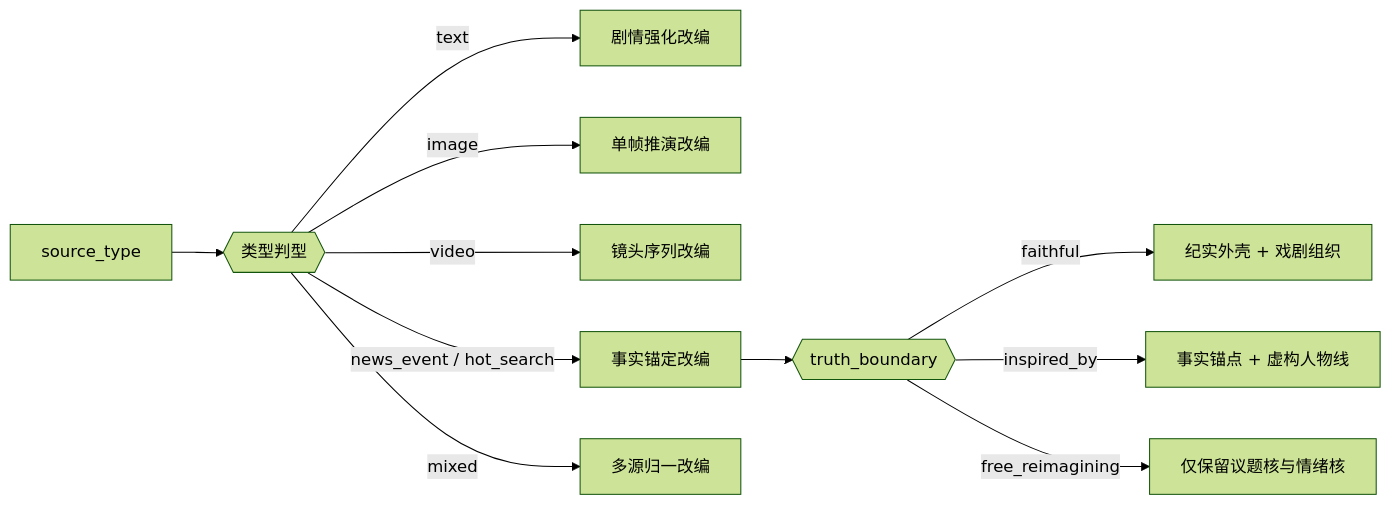
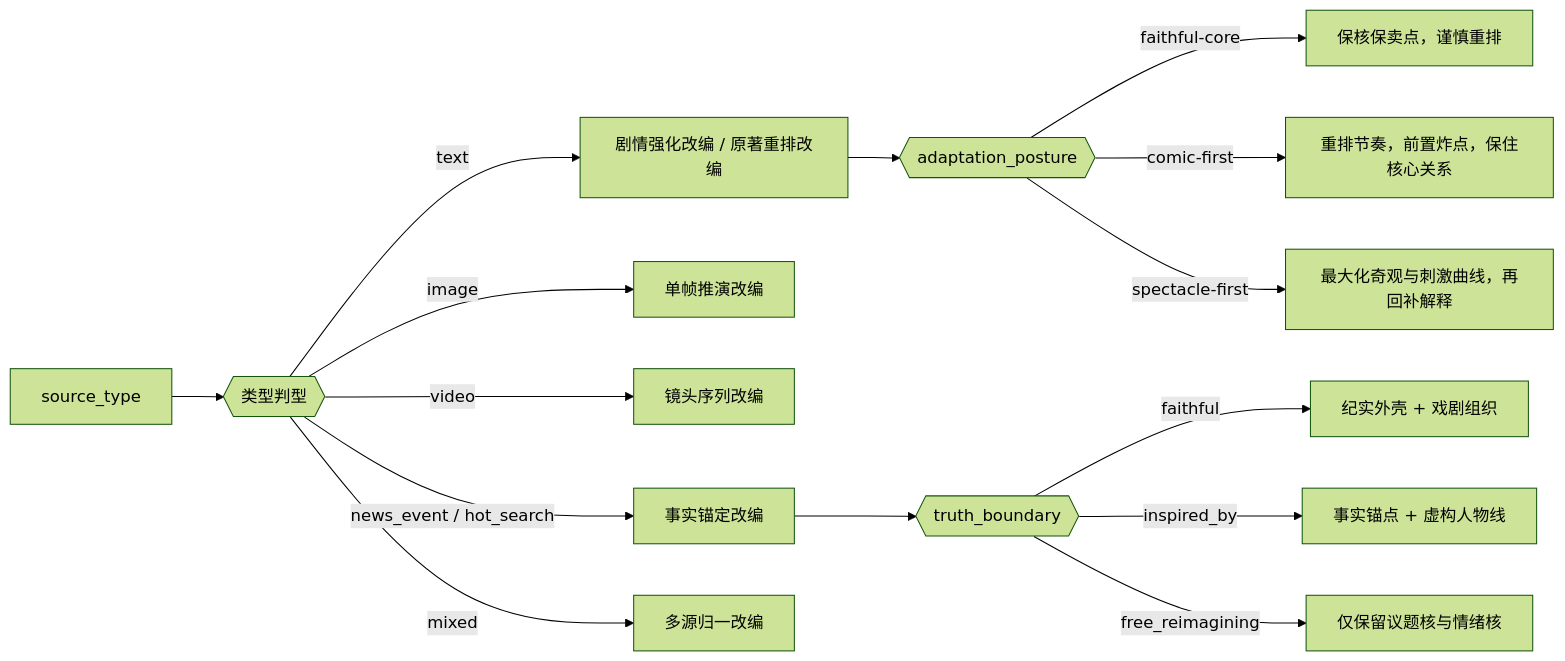
One commit to ZEN-VOID/AI-CUT changed the second of 3 diagrams in .agents/skills/comic/1-漫画剧本改编/SKILL.md. Above: the diagram before and after it, drawn with Mermaid (forest theme). The commit also changed other lines of this file and 332 other files, not shown here.

````diff
--- a/.agents/skills/comic/1-漫画剧本改编/SKILL.md
+++ b/.agents/skills/comic/1-漫画剧本改编/SKILL.md
@@ -238,13 +289,17 @@
 ```mermaid
 flowchart LR
     A["source_type"] --> B{{"类型判型"}}
-    B -->|"text"| C["剧情强化改编"]
+    B -->|"text"| C["剧情强化改编 / 原著重排改编"]
     B -->|"image"| D["单帧推演改编"]
     B -->|"video"| E["镜头序列改编"]
     B -->|"news_event / hot_search"| F["事实锚定改编"]
     B -->|"mixed"| G["多源归一改编"]
+    C --> L{{"adaptation_posture"}}
+    L -->|"faithful-core"| M["保核保卖点，谨慎重排"]
+    L -->|"comic-first"| N["重排节奏，前置炸点，保住核心关系"]
+    L -->|"spectacle-first"| O["最大化奇观与刺激曲线，再回补解释"]
     F --> H{{"truth_boundary"}}
     H -->|"faithful"| I["纪实外壳 + 戏剧组织"]
     H -->|"inspired_by"| J["事实锚点 + 虚构人物线"]
     H -->|"free_reimagining"| K["仅保留议题核与情绪核"]
 ```
````
